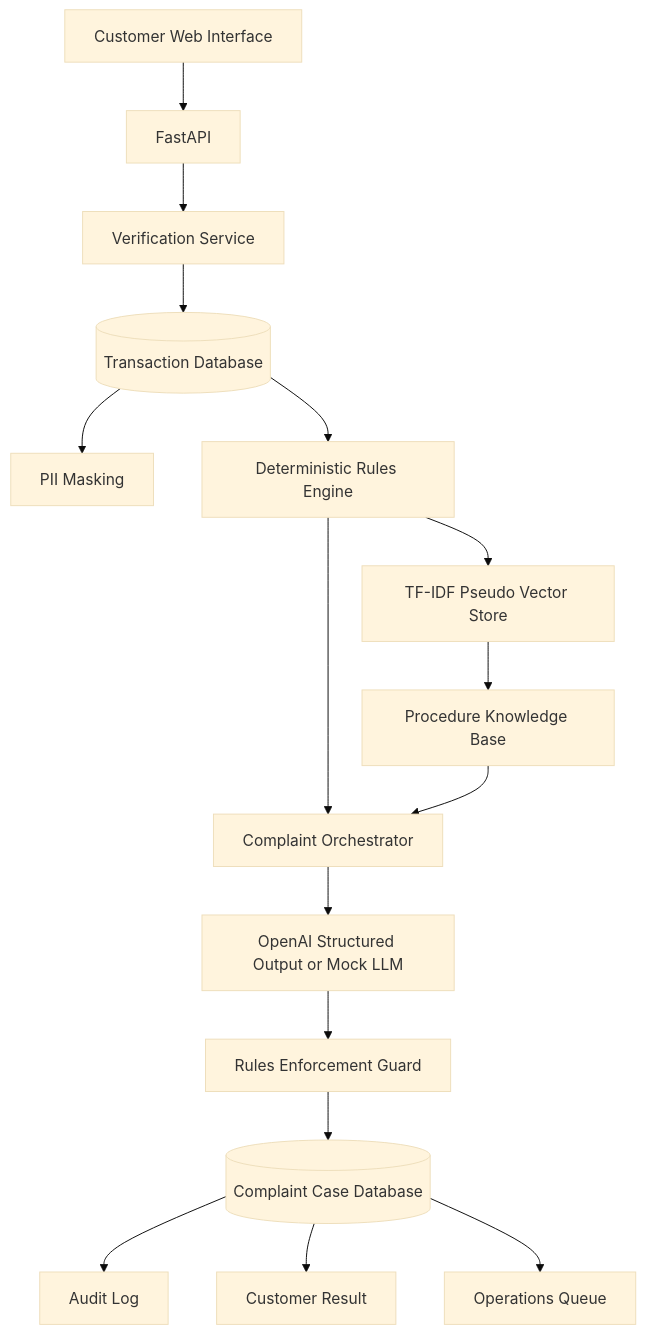
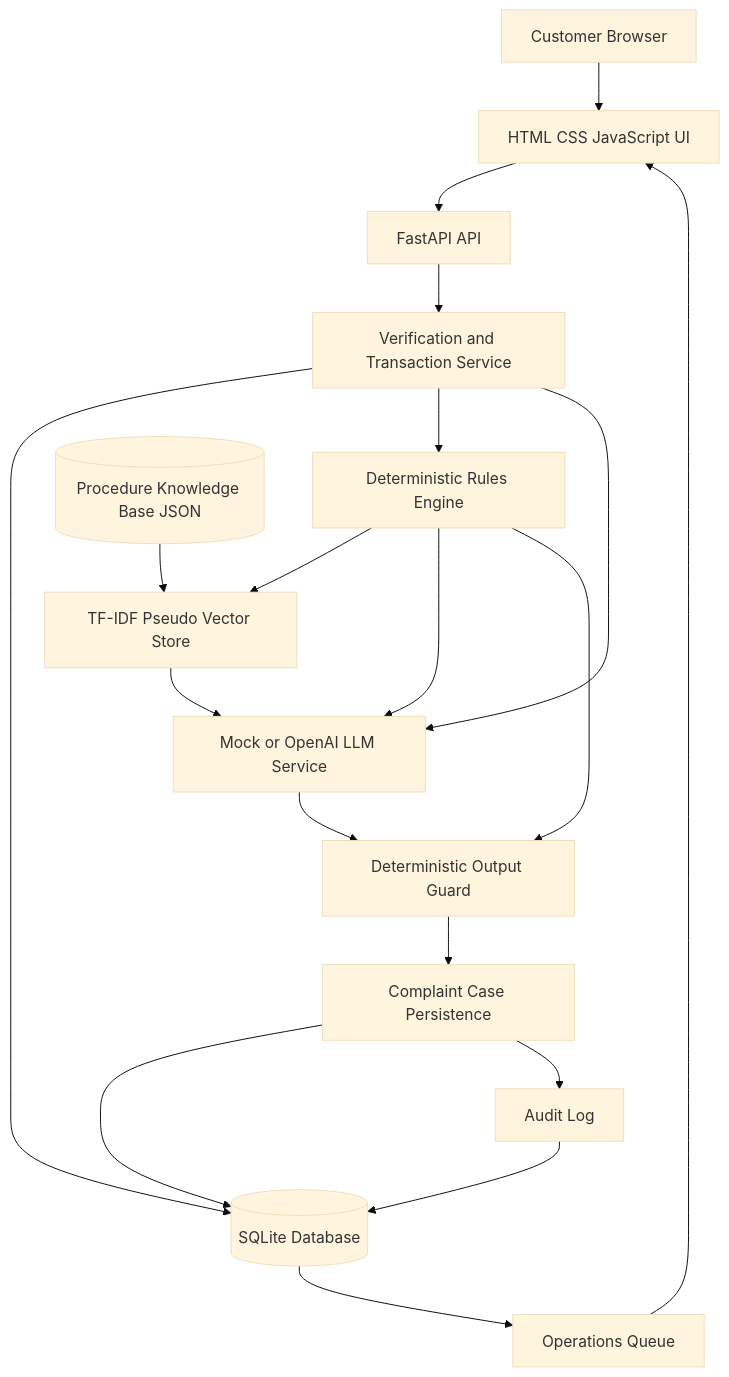
The first of 3 diagrams in NirapodPay_MFS_Complaint_Copilot_Full/README.md (DrChaos1999/AI-Engineering-Projects), drawn with Mermaid (base theme) before and after one commit. The commit also changed other lines of this file and 7 other files, not shown here.

````diff
--- a/NirapodPay_MFS_Complaint_Copilot_Full/README.md
+++ b/NirapodPay_MFS_Complaint_Copilot_Full/README.md
@@ -354,18 +269,35 @@
 ```mermaid
 flowchart TD
-    A[Customer Web Interface] --> B[FastAPI]
-    B --> C[Verification Service]
-    C --> D[(Transaction Database)]
-    D --> E[PII Masking]
-    D --> F[Deterministic Rules Engine]
-    F --> G[TF-IDF Pseudo Vector Store]
-    G --> H[Procedure Knowledge Base]
-    F --> I[Complaint Orchestrator]
-    H --> I
-    I --> J[OpenAI Structured Output or Mock LLM]
-    J --> K[Rules Enforcement Guard]
-    K --> L[(Complaint Case Database)]
-    L --> M[Audit Log]
-    L --> N[Customer Result]
-    L --> O[Operations Queue]
+    Customer[Customer Browser]
+    UI[HTML CSS JavaScript UI]
+    API[FastAPI API]
+    Verify[Verification and Transaction Service]
+    DB[(SQLite Database)]
+    Rules[Deterministic Rules Engine]
+    Vector[TF-IDF Pseudo Vector Store]
+    KB[(Procedure Knowledge Base JSON)]
+    LLM[Mock or OpenAI LLM Service]
+    Guard[Deterministic Output Guard]
+    Case[Complaint Case Persistence]
+    Audit[Audit Log]
+    Queue[Operations Queue]
+
+    Customer --> UI
+    UI --> API
+    API --> Verify
+    Verify --> DB
+    Verify --> Rules
+    Rules --> Vector
+    KB --> Vector
+    Vector --> LLM
+    Rules --> LLM
+    Verify --> LLM
+    LLM --> Guard
+    Rules --> Guard
+    Guard --> Case
+    Case --> DB
+    Case --> Audit
+    Audit --> DB
+    DB --> Queue
+    Queue --> UI
 ```
````
